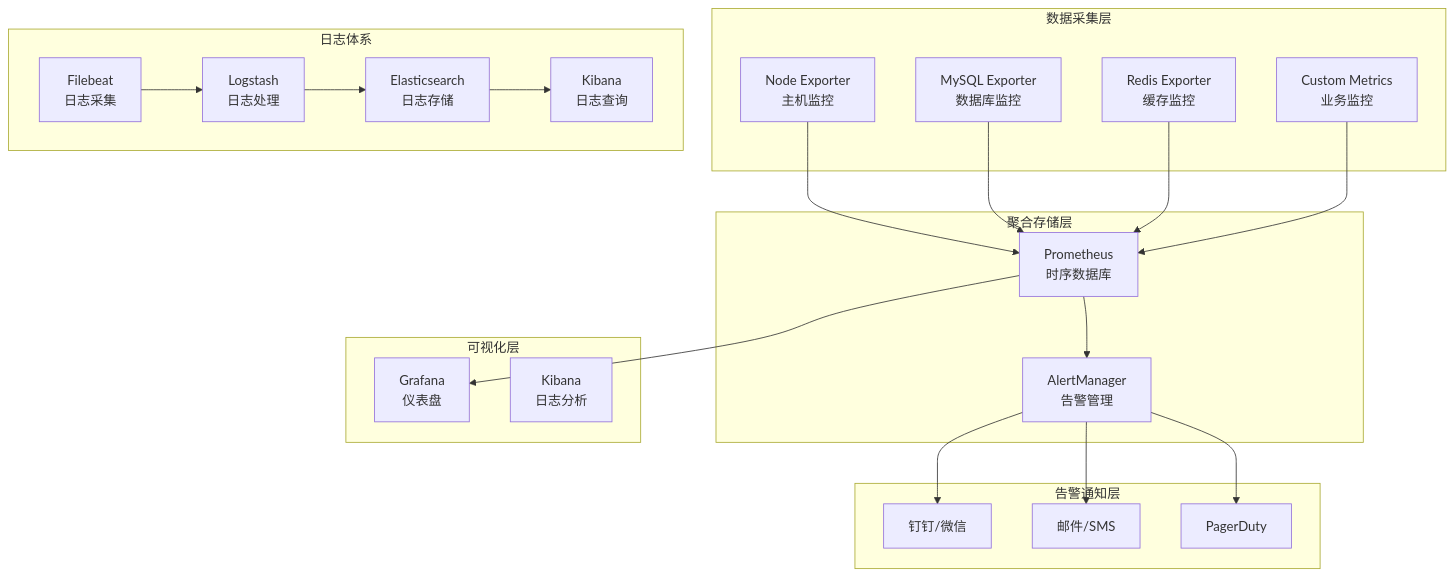
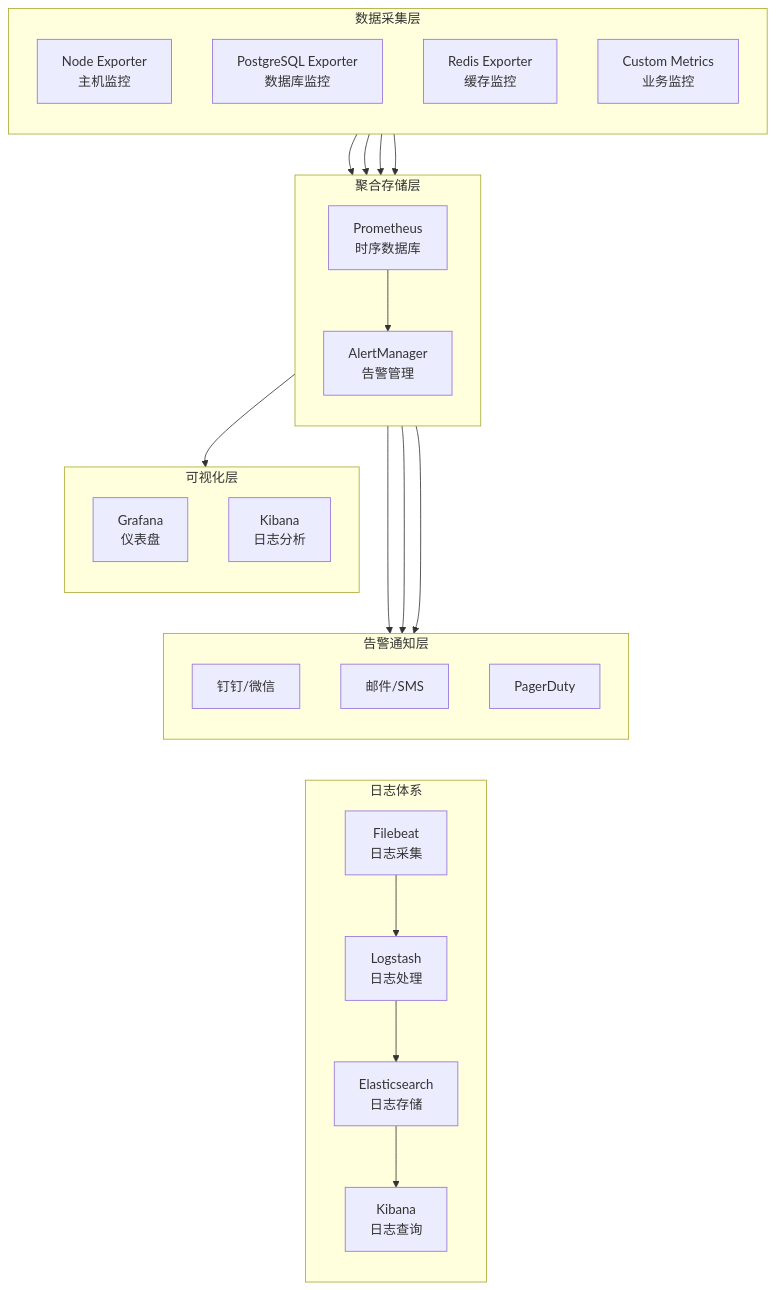
Before and after one commit to zhangshichuan/maxzhang.site: the eighth of 8 diagrams in articles/high-concurrency-system-architecture-guide.mdx, drawn with Mermaid. The commit also changed other lines of this file, not shown here.

Commit message:
docs: 更新文章中的mysql为pgsql & 更新图表可见度

````diff
--- a/articles/high-concurrency-system-architecture-guide.mdx
+++ b/articles/high-concurrency-system-architecture-guide.mdx
@@ -1947,39 +2061,49 @@
 ```mermaid
-graph TB
-    subgraph "数据采集层"
+flowchart TD
+    subgraph S1 ["数据采集层"]
+        direction TB
         A1[Node Exporter<br/>主机监控]
-        A2[MySQL Exporter<br/>数据库监控]
+        A2[PostgreSQL Exporter<br/>数据库监控]
         A3[Redis Exporter<br/>缓存监控]
         A4[Custom Metrics<br/>业务监控]
     end
 
-    subgraph "聚合存储层"
+    subgraph S2 ["聚合存储层"]
+        direction TB
         B1[Prometheus<br/>时序数据库]
         B2[AlertManager<br/>告警管理]
     end
 
-    subgraph "可视化层"
+    subgraph S3 ["可视化层"]
+        direction TB
         C1[Grafana<br/>仪表盘]
         C2[Kibana<br/>日志分析]
     end
 
-    subgraph "告警通知层"
+    subgraph S4 ["告警通知层"]
+        direction TB
         D1[钉钉/微信]
         D2[邮件/SMS]
         D3[PagerDuty]
     end
 
-    A1 & A2 & A3 & A4 --> B1
-    B1 --> C1
-    B1 --> B2
-    B2 --> D1 & D2 & D3
-
-    subgraph "日志体系"
+    subgraph S5 ["日志体系"]
+        direction TB
         E1[Filebeat<br/>日志采集]
         E2[Logstash<br/>日志处理]
         E3[Elasticsearch<br/>日志存储]
         E4[Kibana<br/>日志查询]
     end
 
+    %% 数据流向
+    A1 & A2 & A3 & A4 --> B1
+    B1 --> C1
+    B1 --> B2
+    B2 --> D1 & D2 & D3
+
+    %% 日志体系流向
     E1 --> E2 --> E3 --> E4
+
+    %% 使用隐形连接线强制子图垂直排列
+    S1 ~~~ S2 ~~~ S3 ~~~ S4 ~~~ S5
 ```
````
